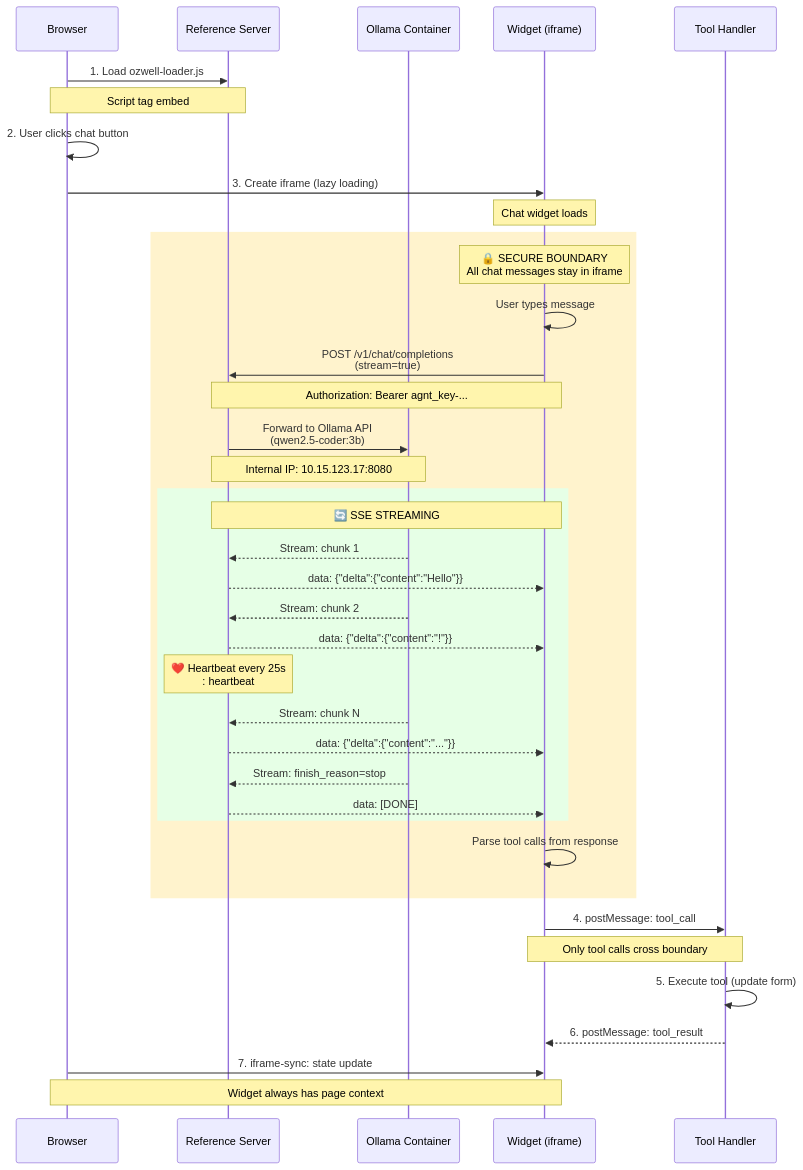
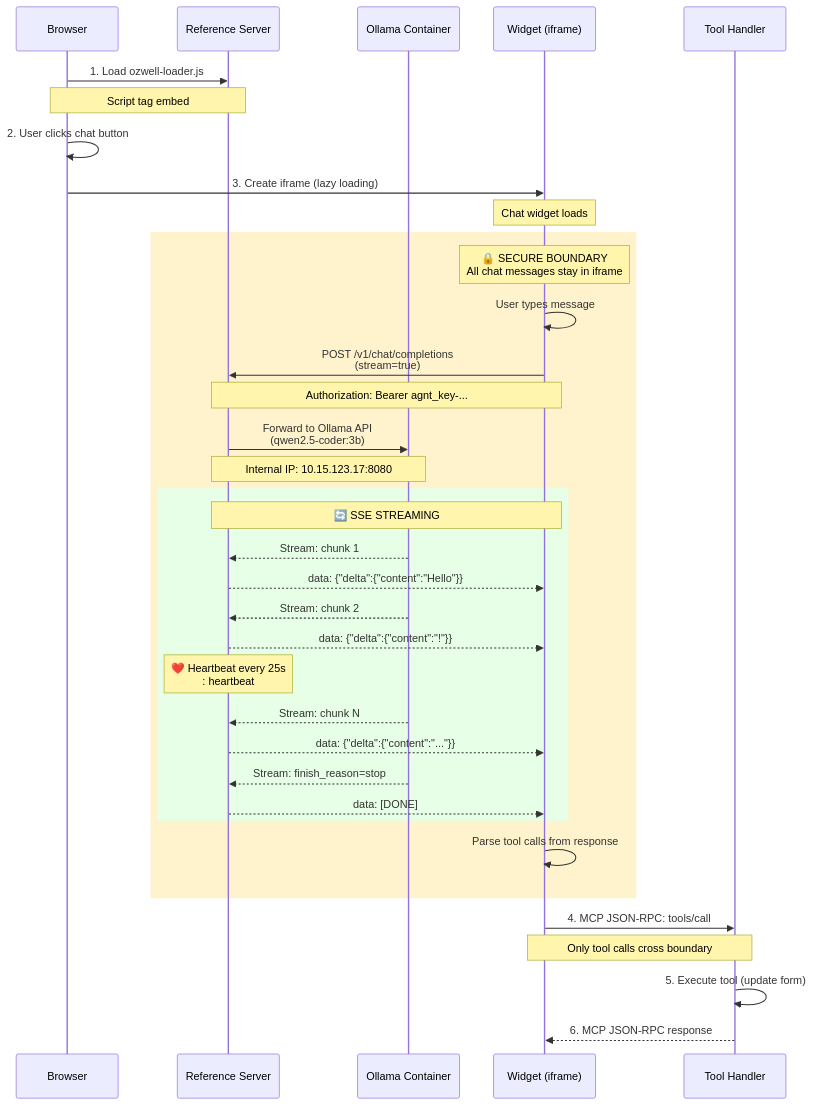
One commit to mieweb/ozwellai-api changed the first of 2 diagrams in reference-server/README.md. Above: the diagram before and after it, drawn with Mermaid. The commit also changed other lines of this file and 3 other files, not shown here.

First line of the commit message:
docs: update diagrams and docs for MCP JSON-RPC and PR #96 privacy changes

````diff
--- a/reference-server/README.md
+++ b/reference-server/README.md
@@ -25,49 +25,46 @@
 ```mermaid
 sequenceDiagram
     participant Browser
     participant Ozwell as Reference Server
     participant Ollama as Ollama Container
     participant Widget as Widget (iframe)
     participant Handler as Tool Handler
 
     Browser->>Ozwell: 1. Load ozwell-loader.js
     Note over Browser,Ozwell: Script tag embed
 
     Browser->>Browser: 2. User clicks chat button
     Browser->>Widget: 3. Create iframe (lazy loading)
     Note over Widget: Chat widget loads
 
     rect rgb(255, 243, 205)
     Note over Widget: 🔒 SECURE BOUNDARY<br />All chat messages stay in iframe
     Widget->>Widget: User types message
     Widget->>Ozwell: POST /v1/chat/completions<br />(stream=true)
     Note over Widget,Ozwell: Authorization: Bearer agnt_key-...
 
     Ozwell->>Ollama: Forward to Ollama API<br />(qwen2.5-coder:3b)
     Note over Ozwell,Ollama: Internal IP: 10.15.123.17:8080
 
     rect rgb(230, 255, 230)
     Note over Ozwell,Widget: 🔄 SSE STREAMING
     Ollama-->>Ozwell: Stream: chunk 1
     Ozwell-->>Widget: data: {"delta":{"content":"Hello"}}
     Ollama-->>Ozwell: Stream: chunk 2
     Ozwell-->>Widget: data: {"delta":{"content":"!"}}
     Note over Ozwell: ❤️ Heartbeat every 25s<br />: heartbeat
     Ollama-->>Ozwell: Stream: chunk N
     Ozwell-->>Widget: data: {"delta":{"content":"..."}}
     Ollama-->>Ozwell: Stream: finish_reason=stop
     Ozwell-->>Widget: data: [DONE]
     end
 
     Widget->>Widget: Parse tool calls from response
     end
 
-    Widget->>Handler: 4. postMessage: tool_call
+    Widget->>Handler: 4. MCP JSON-RPC: tools/call
     Note over Widget,Handler: Only tool calls cross boundary
     Handler->>Handler: 5. Execute tool (update form)
 
-    Handler-->>Widget: 6. postMessage: tool_result
-
-    Browser->>Widget: 7. iframe-sync: state update
-    Note over Browser,Widget: Widget always has page context
+    Handler-->>Widget: 6. MCP JSON-RPC response
 ```
````
